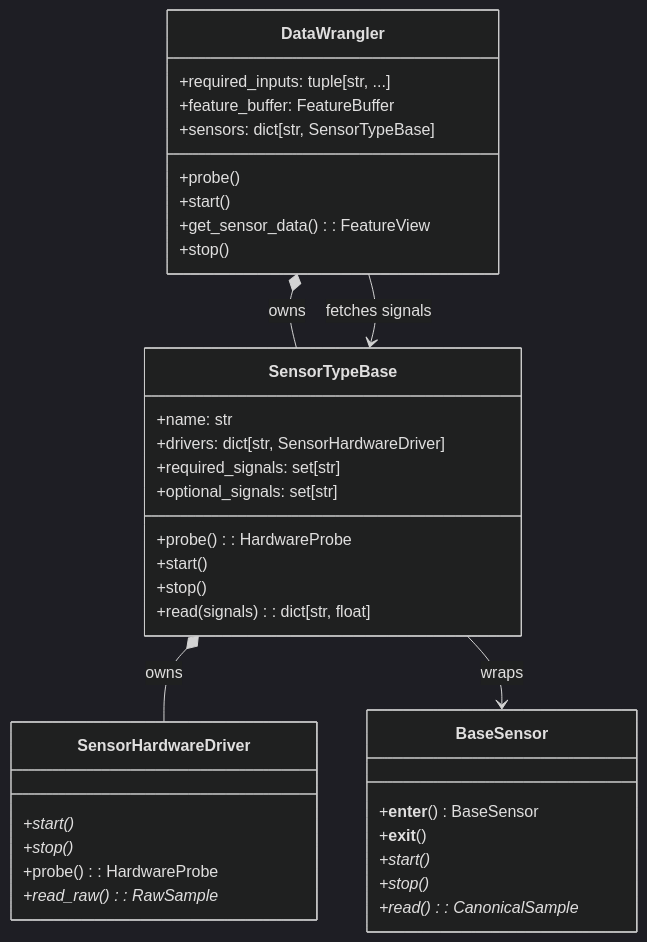
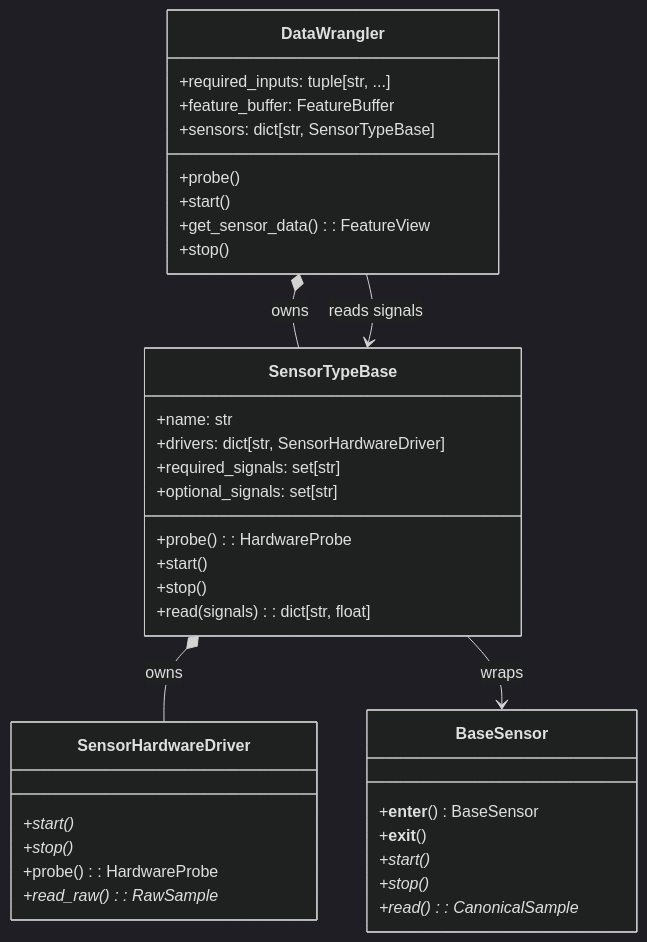
The sixth of 7 diagrams in docs/architecture.md (jmontp/raspberry-pi-controller-runtime), drawn with Mermaid (dark theme) before and after one commit. The commit also changed other lines of this file, not shown here.

Commit message:
Document sensor-owned derivations and BaseSensor read flow

````diff
--- a/docs/architecture.md
+++ b/docs/architecture.md
@@ -322,40 +345,40 @@
 ```mermaid
 classDiagram
     class BaseSensor {
       +__enter__() BaseSensor
       +__exit__()
       +start()*
       +stop()*
       +read(): CanonicalSample*
     }
     class SensorHardwareDriver {
       +start()*
       +stop()*
       +probe(): HardwareProbe
       +read_raw(): RawSample*
     }
     class SensorTypeBase {
       +name: str
       +drivers: dict[str, SensorHardwareDriver]
       +required_signals: set[str]
       +optional_signals: set[str]
       +probe(): HardwareProbe
       +start()
       +stop()
       +read(signals): dict[str, float]
     }
     class DataWrangler {
       +required_inputs: tuple[str, ...]
       +feature_buffer: FeatureBuffer
       +sensors: dict[str, SensorTypeBase]
       +probe()
       +start()
       +get_sensor_data(): FeatureView
       +stop()
     }
 
     SensorTypeBase *-- SensorHardwareDriver : owns
     SensorTypeBase --> BaseSensor : wraps
     DataWrangler *-- SensorTypeBase : owns
-    DataWrangler --> SensorTypeBase : fetches signals
+    DataWrangler --> SensorTypeBase : reads signals
 ```
````
